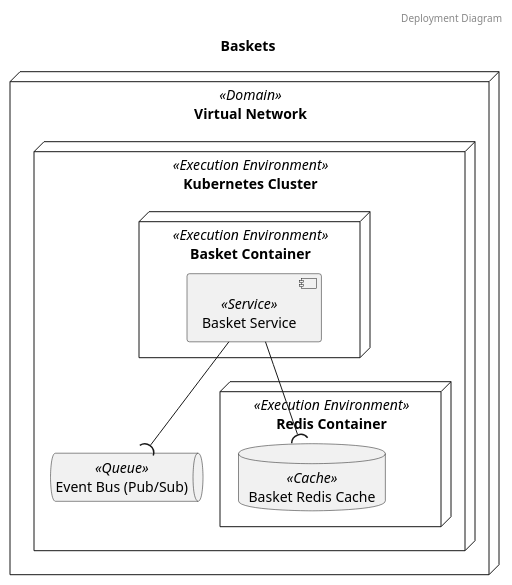
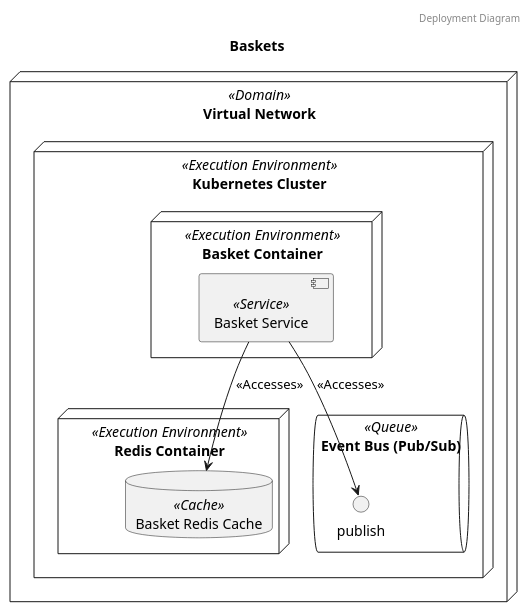
One commit to garrettsutula/example-trellis-project changed the second of 3 diagrams in diagrams/systems/Baskets.puml. Above: the diagram before and after it, drawn with PlantUML. The commit also changed other lines of this file and 29 other files, not shown here.

Commit message:
Update deps, diagram examples

```diff
--- a/diagrams/systems/Baskets.puml
+++ b/diagrams/systems/Baskets.puml
@@ -15,17 +15,20 @@
 @startuml Deployment Diagram Baskets
 header Deployment Diagram
 title Baskets
 node "Virtual Network" as Virtual_Network <<Domain>> {
 	node "Kubernetes Cluster" as Kubernetes_Cluster <<Execution Environment>> {
 		node "Redis Container" as Redis_Container <<Execution Environment>> {
-			database "Basket Redis Cache" as Basket_Redis_Cache <<Cache>>
+			database "Basket Redis Cache" as Baskets_Basket_Redis_Cache <<Cache>>
 		}
-		queue "Event Bus (Pub/Sub)" as Event_Bus_Pub_Sub <<Queue>>
-		node "Basket Container" as Basket_Container <<Execution Environment>> {
-			component "Basket Service" as Basket_Service <<Service>>
+		queue "Event Bus (Pub/Sub)" as Event_Bus_Event_Bus_Pub_Sub <<Queue>> {
+			interface "publish" as Event_Bus_publish
+		}
+		node "Basket Container" as Baskets_Basket_Container <<Execution Environment>> {
+			component "Basket Service" as Baskets_Basket_Service <<Service>> {
+			}
 		}
 	}
 }
-	Basket_Service -down-( Basket_Redis_Cache
-	Basket_Service -down-( Event_Bus_Pub_Sub
+	Baskets_Basket_Service -down-> Baskets_Basket_Redis_Cache: <<Accesses>>
+	Baskets_Basket_Service -down-> Event_Bus_publish: <<Accesses>>
 @enduml
```
